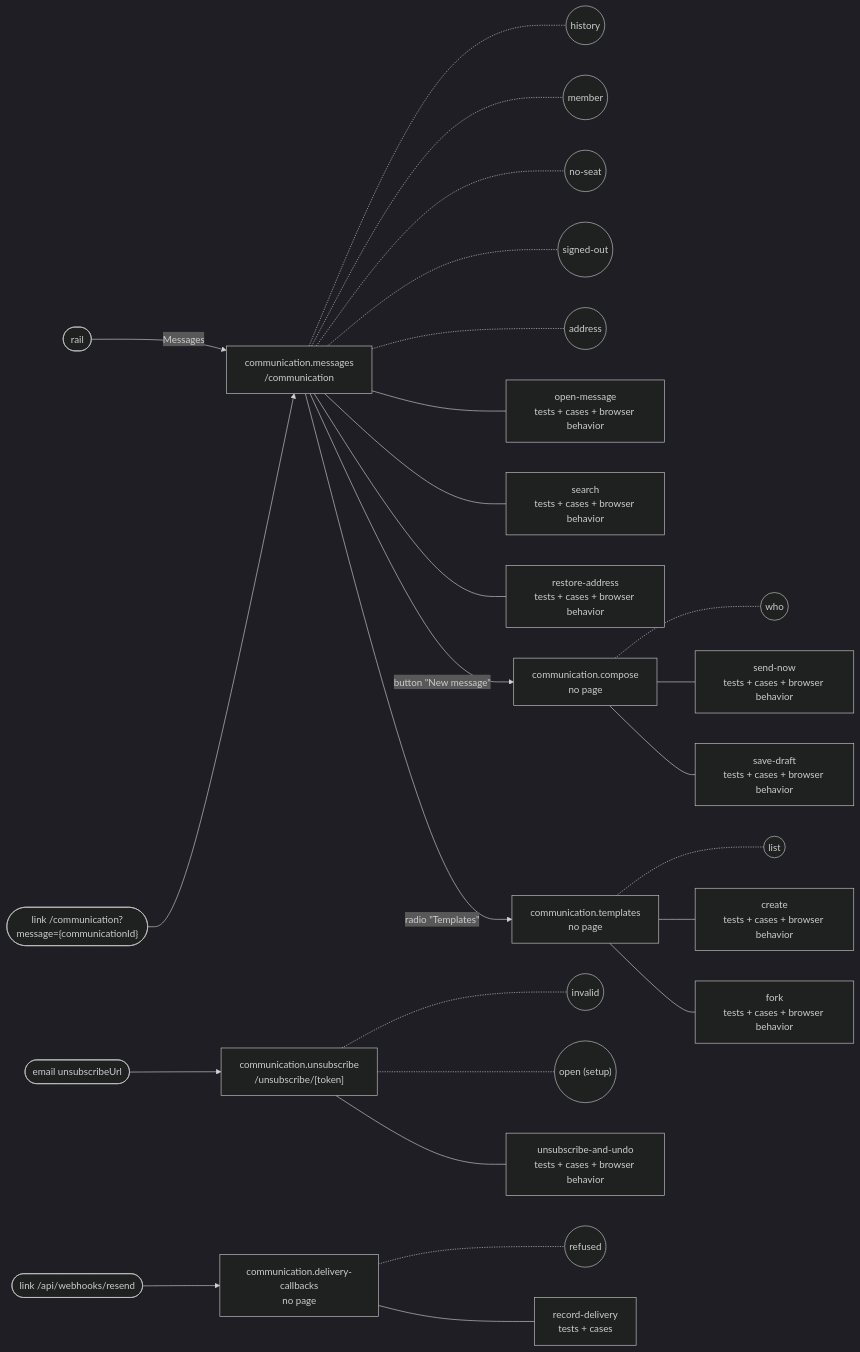
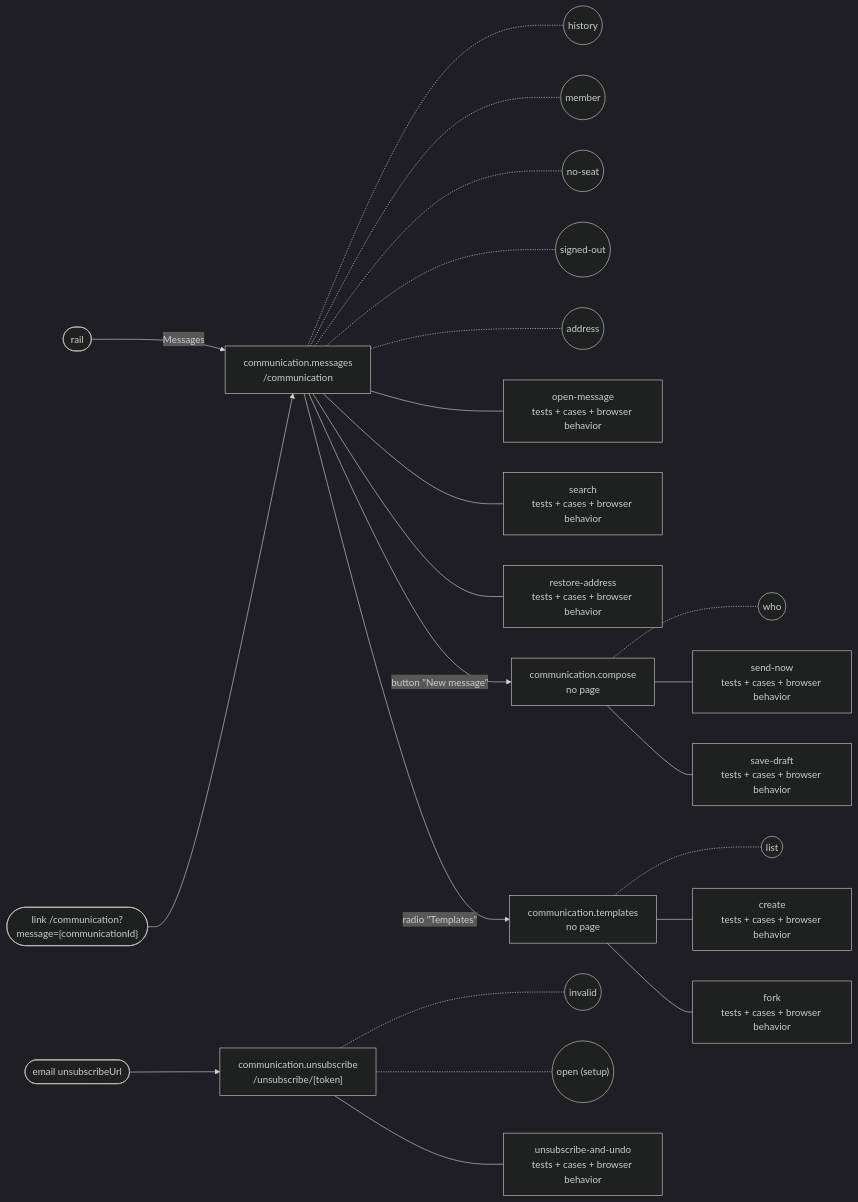
One commit to SebastianGarces/everyfield changed the diagram in docs/feature-maps/communication.md. Above: the diagram before and after it, drawn with Mermaid (dark theme). The commit also changed other lines of this file and 4 other files, not shown here.

````diff
--- a/docs/feature-maps/communication.md
+++ b/docs/feature-maps/communication.md
@@ -6,37 +6,32 @@
 ```mermaid
 flowchart LR
   rail(["rail"])
   s0_link1(["link /communication?message={communicationId}"])
   s3_link0(["email unsubscribeUrl"])
-  s4_link0(["link /api/webhooks/resend"])
   s0["communication.messages<br/>/communication"]
   rail -- "Messages" --> s0
   s0_link1 --> s0
   s0 -.- s0_st0(("history"))
   s0 -.- s0_st1(("member"))
   s0 -.- s0_st2(("no-seat"))
   s0 -.- s0_st3(("signed-out"))
   s0 -.- s0_st4(("address"))
   s0 --- s0_b0["open-message<br/>tests + cases + browser behavior"]
   s0 --- s0_b1["search<br/>tests + cases + browser behavior"]
   s0 --- s0_b2["restore-address<br/>tests + cases + browser behavior"]
   s1["communication.compose<br/>no page"]
   s0 -- "button #quot;New message#quot;" --> s1
   s1 -.- s1_st0(("who"))
   s1 --- s1_b0["send-now<br/>tests + cases + browser behavior"]
   s1 --- s1_b1["save-draft<br/>tests + cases + browser behavior"]
   s2["communication.templates<br/>no page"]
   s0 -- "radio #quot;Templates#quot;" --> s2
   s2 -.- s2_st0(("list"))
   s2 --- s2_b0["create<br/>tests + cases + browser behavior"]
   s2 --- s2_b1["fork<br/>tests + cases + browser behavior"]
   s3["communication.unsubscribe<br/>/unsubscribe/[token]"]
   s3_link0 --> s3
   s3 -.- s3_st0(("invalid"))
   s3 -.- s3_st1(("open (setup)"))
   s3 --- s3_b0["unsubscribe-and-undo<br/>tests + cases + browser behavior"]
-  s4["communication.delivery-callbacks<br/>no page"]
-  s4_link0 --> s4
-  s4 -.- s4_st0(("refused"))
-  s4 --- s4_b0["record-delivery<br/>tests + cases"]
 ```
````
